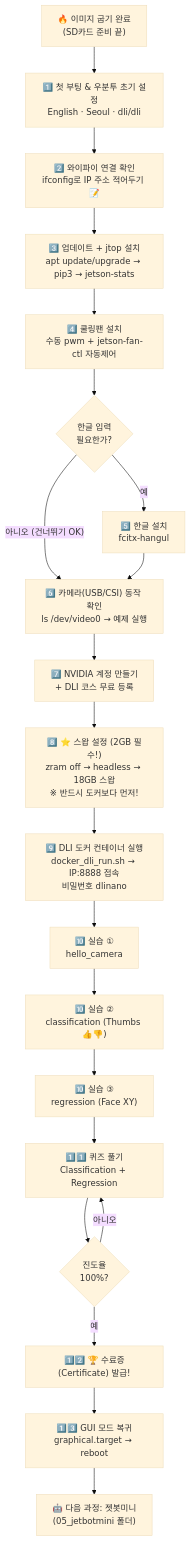
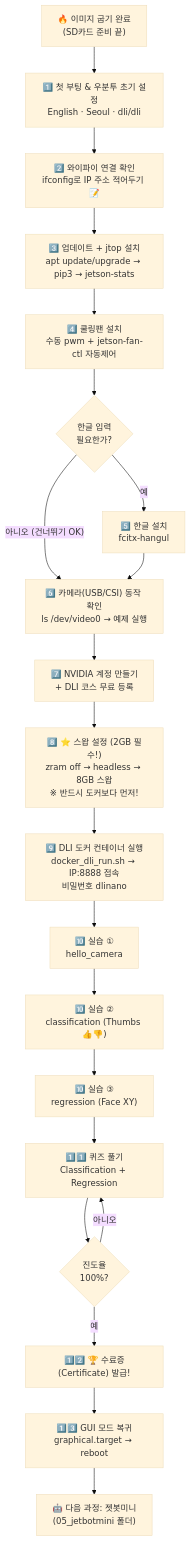
One commit to ralralra/jetson_DLI changed the diagram in 01_jetson_dli_course/0_DLI_수료과정_가이드.md. Above: the diagram before and after it, drawn with Mermaid (base theme). The commit also changed other lines of this file and 1 other file, not shown here.

````diff
--- a/01_jetson_dli_course/0_DLI_수료과정_가이드.md
+++ b/01_jetson_dli_course/0_DLI_수료과정_가이드.md
@@ -38,23 +38,23 @@
 ```mermaid
 flowchart TD
     A["🔥 이미지 굽기 완료<br/>(SD카드 준비 끝)"] --> B["1️⃣ 첫 부팅 & 우분투 초기 설정<br/>English · Seoul · dli/dli"]
     B --> C["2️⃣ 와이파이 연결 확인<br/>ifconfig로 IP 주소 적어두기 📝"]
     C --> D["3️⃣ 업데이트 + jtop 설치<br/>apt update/upgrade → pip3 → jetson-stats"]
     D --> E["4️⃣ 쿨링팬 설치<br/>수동 pwm + jetson-fan-ctl 자동제어"]
     E --> F{"한글 입력<br/>필요한가?"}
     F -- 예 --> G["5️⃣ 한글 설치<br/>fcitx-hangul"]
     F -- "아니오 (건너뛰기 OK)" --> H
     G --> H["6️⃣ 카메라(USB/CSI) 동작 확인<br/>ls /dev/video0 → 예제 실행"]
     H --> I["7️⃣ NVIDIA 계정 만들기<br/>+ DLI 코스 무료 등록"]
-    I --> J["8️⃣ ⭐ 스왑 설정 (2GB 필수!)<br/>zram off → headless → 18GB 스왑<br/>※ 반드시 도커보다 먼저!"]
+    I --> J["8️⃣ ⭐ 스왑 설정 (2GB 필수!)<br/>zram off → headless → 8GB 스왑<br/>※ 반드시 도커보다 먼저!"]
     J --> K["9️⃣ DLI 도커 컨테이너 실행<br/>docker_dli_run.sh → IP:8888 접속<br/>비밀번호 dlinano"]
     K --> L["🔟 실습 ①<br/>hello_camera"]
     L --> M["🔟 실습 ②<br/>classification (Thumbs 👍👎)"]
     M --> N["🔟 실습 ③<br/>regression (Face XY)"]
     N --> O["1️⃣1️⃣ 퀴즈 풀기<br/>Classification + Regression"]
     O --> P{"진도율<br/>100%?"}
     P -- "아니오" --> O
     P -- 예 --> Q["1️⃣2️⃣ 🏆 수료증(Certificate) 발급!"]
     Q --> R["1️⃣3️⃣ GUI 모드 복귀<br/>graphical.target → reboot"]
     R --> S["🤖 다음 과정: 젯봇미니<br/>(05_jetbotmini 폴더)"]
 ```
````
